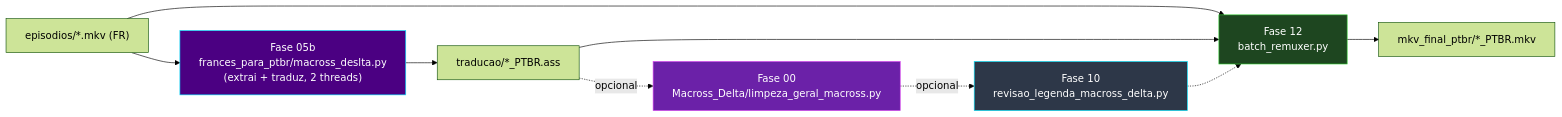
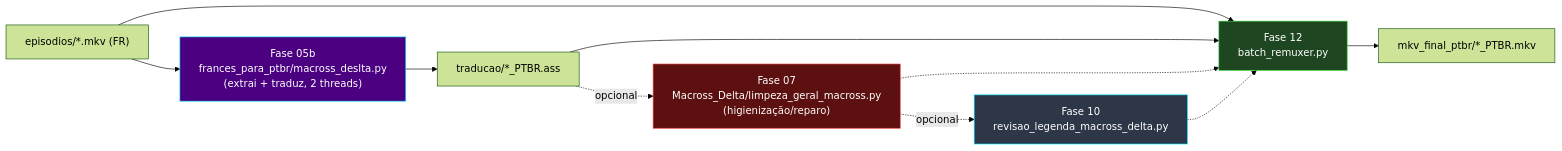
The fifth of 15 diagrams in docs/arquitetura.md (carmipa/projeto-tracker-animes-traducao), drawn with Mermaid (forest theme) before and after one commit. The commit also changed other lines of this file and 38 other files, not shown here.

````diff
--- a/docs/arquitetura.md
+++ b/docs/arquitetura.md
@@ -209,16 +208,17 @@
 ```mermaid
 flowchart LR
     D_MKV["episodios/*.mkv (FR)"] --> D_F05B["Fase 05b<br/>frances_para_ptbr/macross_deslta.py<br/>(extrai + traduz, 2 threads)"]
     D_F05B --> D_ASS["traducao/*_PTBR.ass"]
-    D_ASS -.->|"opcional"| D_HYG["Fase 00<br/>Macross_Delta/limpeza_geral_macross.py"]
-    D_HYG -.->|"opcional"| D_F10["Fase 10<br/>revisao_legenda_macross_delta.py"]
+    D_ASS -.->|"opcional"| D_F07["Fase 07<br/>Macross_Delta/limpeza_geral_macross.py<br/>(higienização/reparo)"]
+    D_F07 -.->|"opcional"| D_F10["Fase 10<br/>revisao_legenda_macross_delta.py"]
     D_MKV --> D_F12["Fase 12<br/>batch_remuxer.py"]
     D_ASS --> D_F12
+    D_F07 -.-> D_F12
     D_F10 -.-> D_F12
     D_F12 --> D_OUT["mkv_final_ptbr/*_PTBR.mkv"]
 
     style D_F05B fill:#4B0082,stroke:#00E5FF,color:#fff
-    style D_HYG fill:#6b21a8,stroke:#d946ef,color:#fff
+    style D_F07 fill:#5c1010,stroke:#ff4444,color:#fff
     style D_F10 fill:#2d3748,stroke:#00E5FF,color:#fff
     style D_F12 fill:#1e4620,stroke:#32CD32,color:#fff
 ```
````
